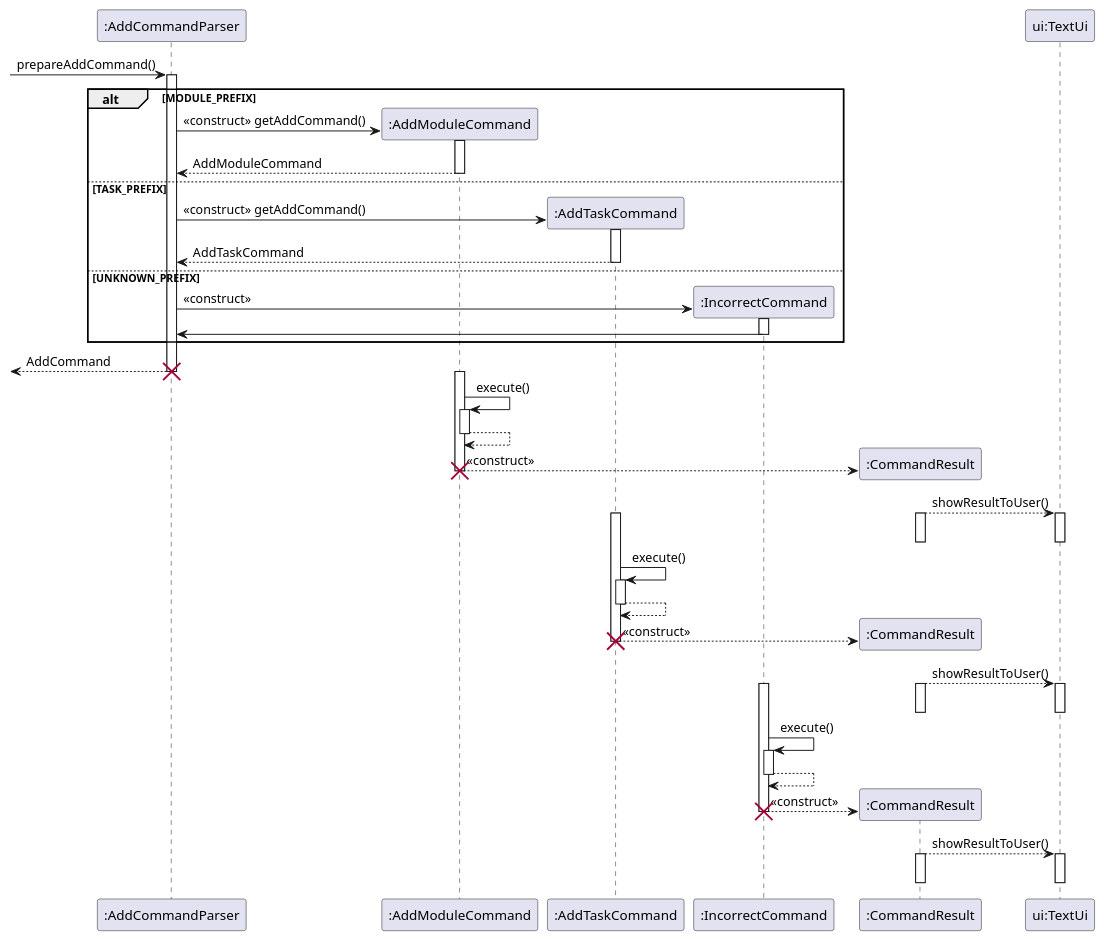
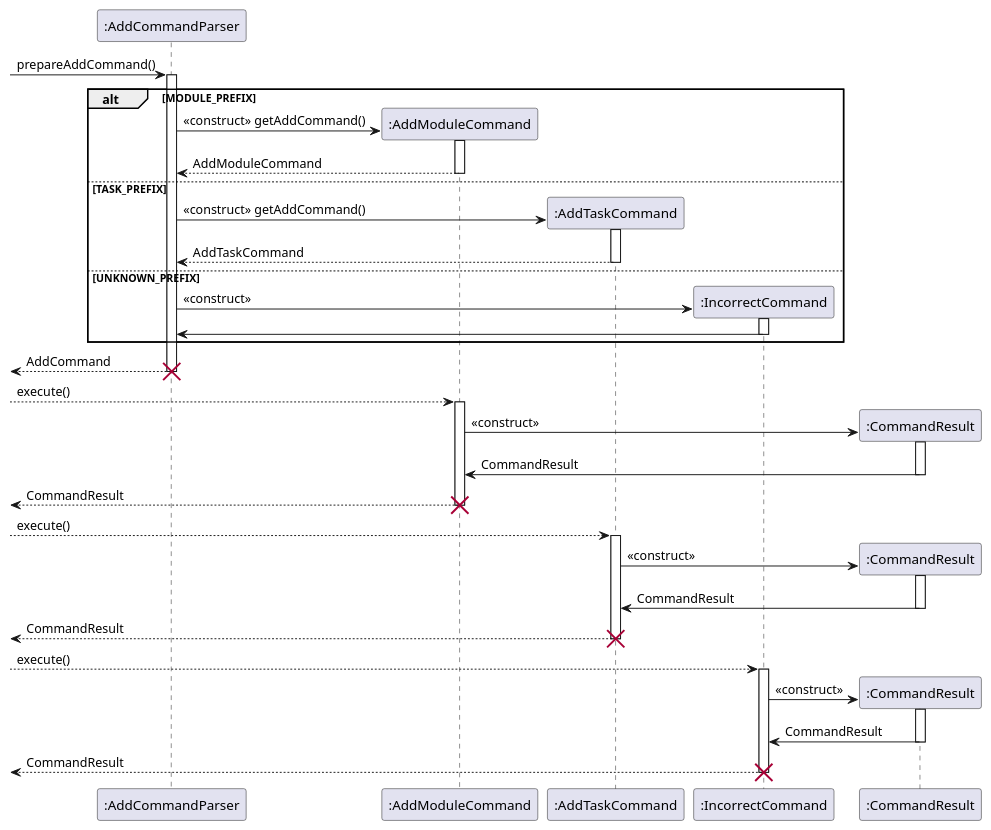
Before and after one commit to wangqinNick/tp: the diagram in docs/diagrams/UML/AddCommandSequenceDiagram.puml, drawn with PlantUML. The commit also changed 1 other file, not shown here.

Commit message:
Fix AddCommand sequence diagram

```diff
--- a/docs/diagrams/UML/AddCommandSequenceDiagram.puml
+++ b/docs/diagrams/UML/AddCommandSequenceDiagram.puml
@@ -1,72 +1,59 @@
 @startuml
 -> ":AddCommandParser": prepareAddCommand()
 activate ":AddCommandParser"
 alt MODULE_PREFIX
     create ":AddModuleCommand"
     ":AddCommandParser" -> ":AddModuleCommand": <<construct>> getAddCommand()
     activate ":AddModuleCommand"
     ":AddCommandParser" <-- ":AddModuleCommand": AddModuleCommand
     deactivate ":AddModuleCommand"
 else TASK_PREFIX
     create ":AddTaskCommand"
     ":AddCommandParser" -> ":AddTaskCommand": <<construct>> getAddCommand()
     activate ":AddTaskCommand"
     ":AddCommandParser" <-- ":AddTaskCommand": AddTaskCommand
     deactivate ":AddTaskCommand"
 else UNKNOWN_PREFIX
     create ":IncorrectCommand"
     ":AddCommandParser" -> ":IncorrectCommand": <<construct>>
     activate ":IncorrectCommand"
     ":AddCommandParser" <- ":IncorrectCommand"
     deactivate ":IncorrectCommand"
 end
 <-- ":AddCommandParser": AddCommand
 destroy ":AddCommandParser"
 
+--> ":AddModuleCommand": execute()
 activate ":AddModuleCommand"
-":AddModuleCommand" -> ":AddModuleCommand": execute()
-activate ":AddModuleCommand"
-":AddModuleCommand" --> ":AddModuleCommand"
-deactivate ":AddModuleCommand"
 create ":CommandResult"
-":AddModuleCommand" --> ":CommandResult": <<construct>>
+":AddModuleCommand" -> ":CommandResult": <<construct>>
+activate ":CommandResult"
+":AddModuleCommand" <- ":CommandResult": CommandResult
+deactivate ":CommandResult"
+<-- ":AddModuleCommand": CommandResult
 deactivate ":AddModuleCommand"
 destroy ":AddModuleCommand"
-":CommandResult" --> "ui:TextUi": showResultToUser()
-activate "ui:TextUi"
-deactivate "ui:TextUi"
+
+--> ":AddTaskCommand": execute()
+activate ":AddTaskCommand"
+create ":CommandResult"
+":AddTaskCommand" -> ":CommandResult": <<construct>>
 activate ":CommandResult"
+":AddTaskCommand" <- ":CommandResult": CommandResult
 deactivate ":CommandResult"
-
-
-activate ":AddTaskCommand"
-":AddTaskCommand" -> ":AddTaskCommand": execute()
-activate ":AddTaskCommand"
-":AddTaskCommand" --> ":AddTaskCommand"
-deactivate ":AddTaskCommand"
-create ":CommandResult"
-":AddTaskCommand" --> ":CommandResult": <<construct>>
+<-- ":AddTaskCommand": CommandResult
 deactivate ":AddTaskCommand"
 destroy ":AddTaskCommand"
-":CommandResult" --> "ui:TextUi": showResultToUser()
-activate "ui:TextUi"
-deactivate "ui:TextUi"
+
+--> ":IncorrectCommand": execute()
+activate ":IncorrectCommand"
+create ":CommandResult"
+":IncorrectCommand" -> ":CommandResult": <<construct>>
 activate ":CommandResult"
+":IncorrectCommand" <- ":CommandResult": CommandResult
 deactivate ":CommandResult"
-
-activate ":IncorrectCommand"
-":IncorrectCommand" -> ":IncorrectCommand": execute()
-activate ":IncorrectCommand"
-":IncorrectCommand" --> ":IncorrectCommand"
-deactivate ":IncorrectCommand"
-create ":CommandResult"
-":IncorrectCommand" --> ":CommandResult": <<construct>>
+<-- ":IncorrectCommand": CommandResult
 deactivate ":IncorrectCommand"
 destroy ":IncorrectCommand"
-":CommandResult" --> "ui:TextUi": showResultToUser()
-activate "ui:TextUi"
-deactivate "ui:TextUi"
-activate ":CommandResult"
-deactivate ":CommandResult"
 
 @enduml
```
